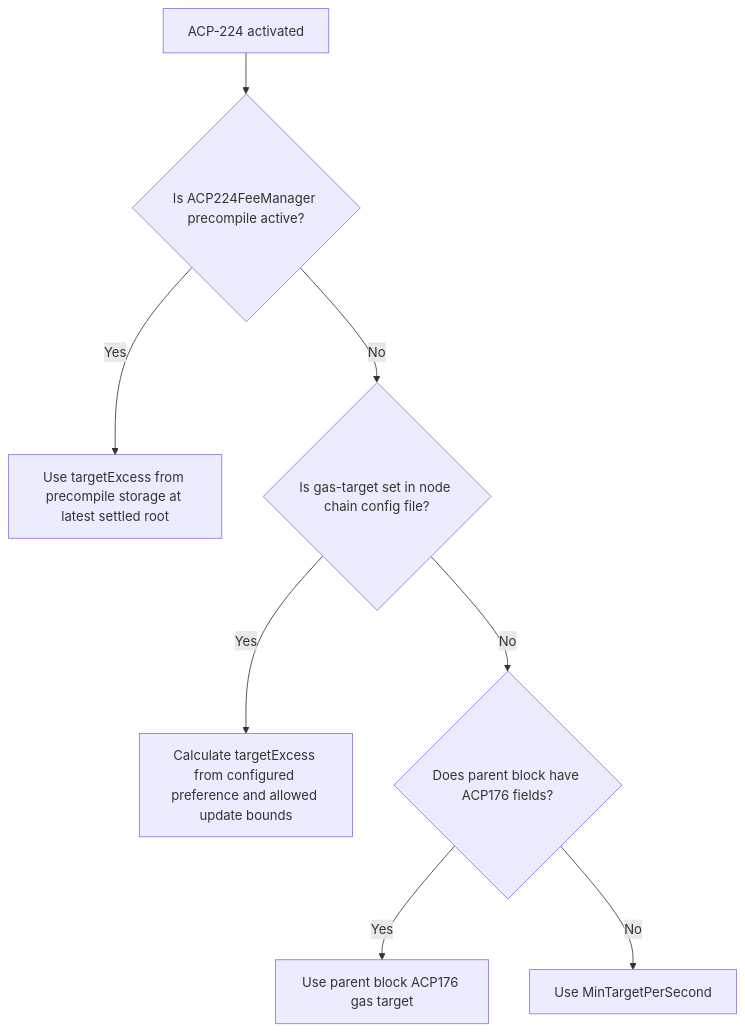
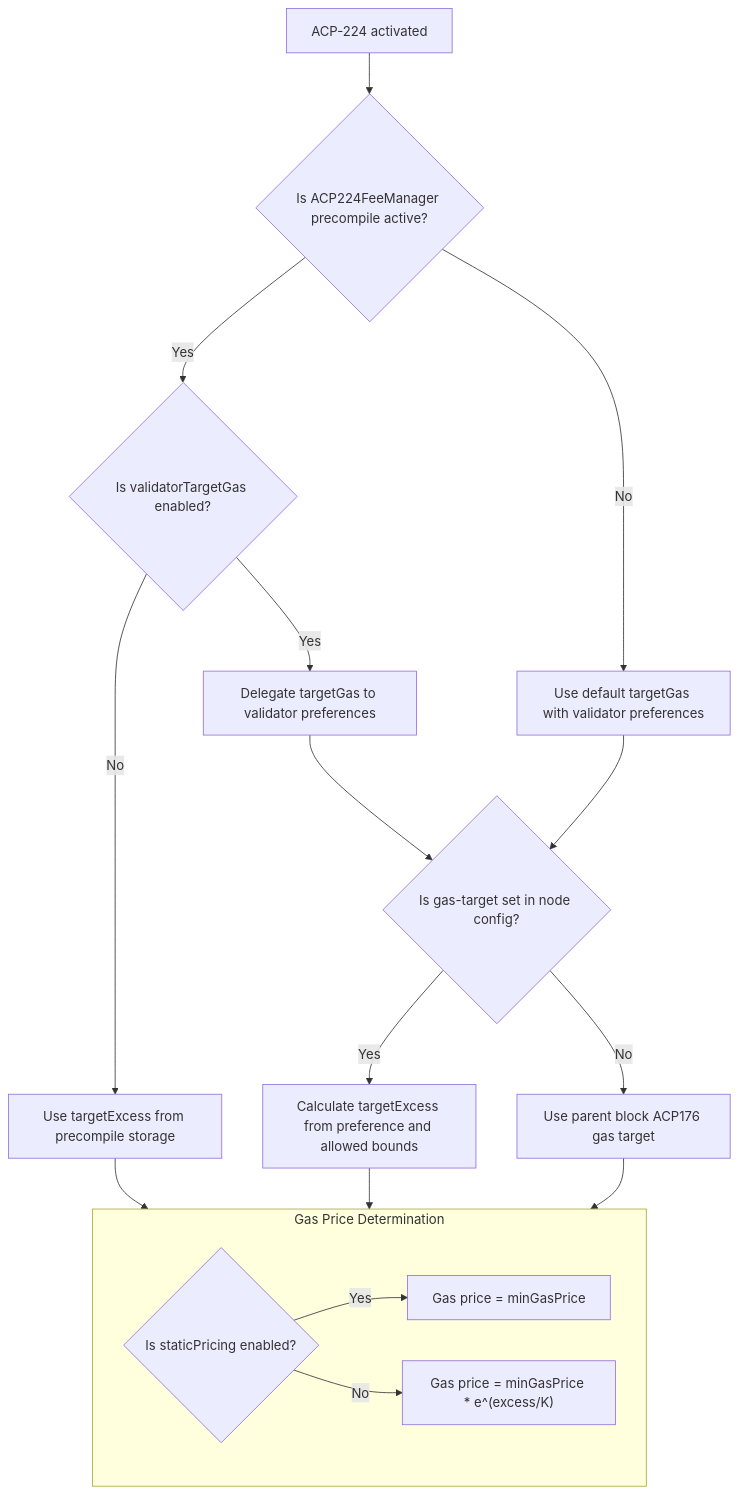
The diagram in ACPs/224-dynamic-gas-limit-in-subnet-evm/README.md (meaghanfitzgerald/ACPs), drawn with Mermaid before and after one commit. The commit also changed other lines of this file, not shown here.

First line of the commit message:
[ACP-224] Add StaticPricing and ValidatorTargetGas modes  (#269)

````diff
--- a/ACPs/224-dynamic-gas-limit-in-subnet-evm/README.md
+++ b/ACPs/224-dynamic-gas-limit-in-subnet-evm/README.md
@@ -219,13 +319,26 @@
 ```mermaid
 flowchart TD
     A[ACP-224 activated] --> B{Is ACP224FeeManager precompile active?}
 
-    B -- Yes --> C[Use targetExcess from precompile storage at latest settled root]
+    B -- Yes --> C{Is validatorTargetGas enabled?}
+    C -- Yes --> VP[Delegate targetGas to validator preferences]
+    C -- No --> PC[Use targetExcess from precompile storage]
 
-    B -- No --> D{Is gas-target set in node chain config file?}
-    D -- Yes --> E[Calculate targetExcess from configured preference and allowed update bounds]
+    B -- No --> VP2[Use default targetGas with validator preferences]
 
-    D -- No --> F{Does parent block have ACP176 fields?}
-    F -- Yes --> G[Use parent block ACP176 gas target]
-    F -- No --> H[Use MinTargetPerSecond]
+    VP --> F{Is gas-target set in node config?}
+    F -- Yes --> G[Calculate targetExcess from preference and allowed bounds]
+    F -- No --> I[Use parent block ACP176 gas target]
+
+    VP2 --> F
+
+    subgraph pricing [Gas Price Determination]
+        K{Is staticPricing enabled?}
+        K -- Yes --> L[Gas price = minGasPrice]
+        K -- No --> M["Gas price = minGasPrice * e^(excess/K)"]
+    end
+
+    PC --> pricing
+    G --> pricing
+    I --> pricing
 ```
````
